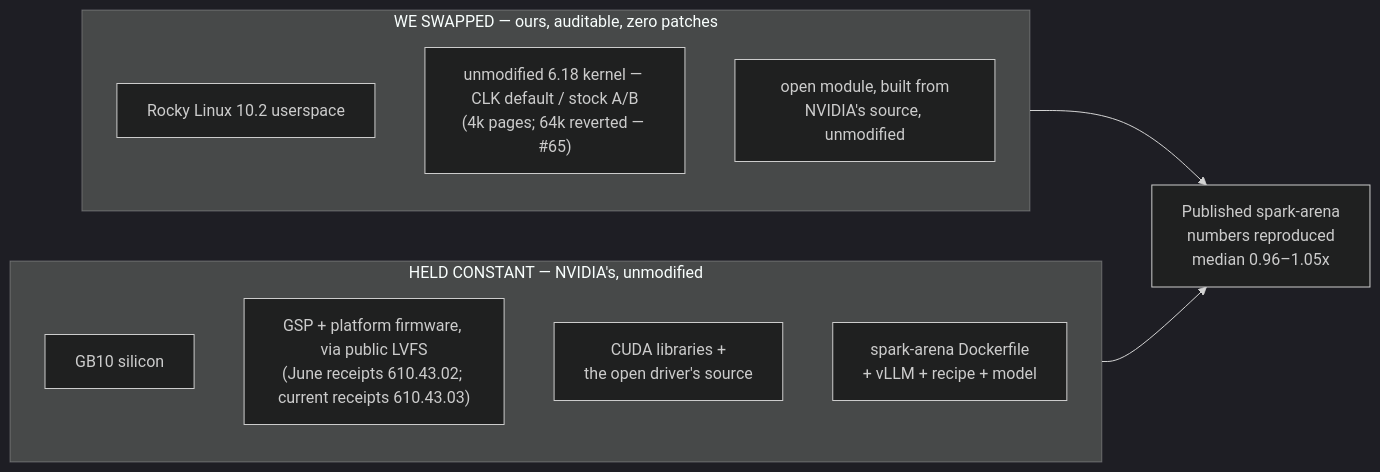
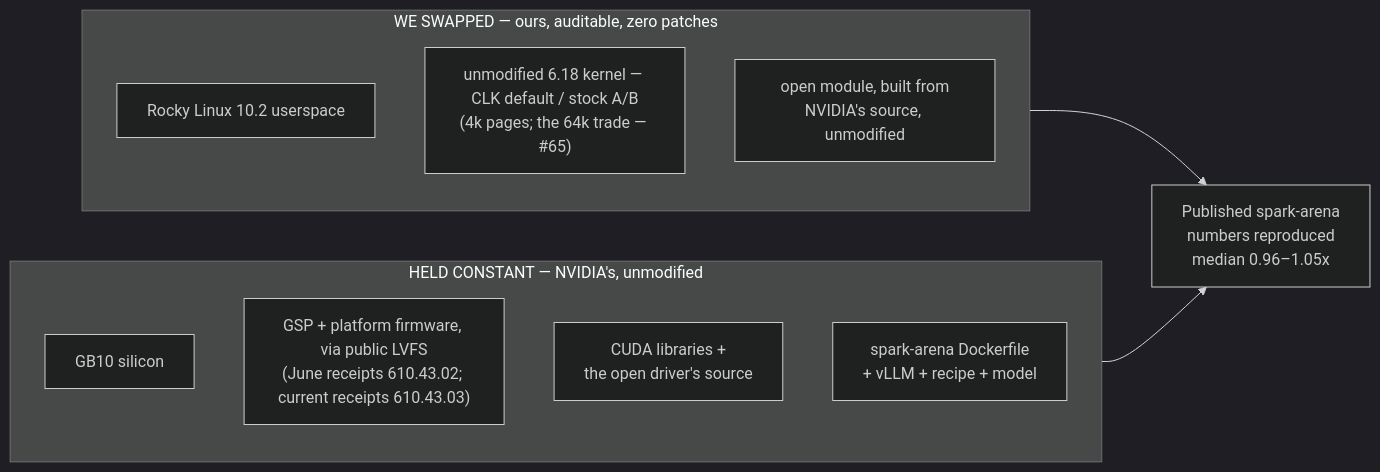
One commit to maxspevack/spark-rocky changed the diagram in docs/benchmark/proof.md. Above: the diagram before and after it, drawn with Mermaid (dark theme). The commit also changed other lines of this file and 8 other files, not shown here.

````diff
--- a/docs/benchmark/proof.md
+++ b/docs/benchmark/proof.md
@@ -33,18 +38,18 @@
 ```mermaid
 graph LR
     subgraph held["HELD CONSTANT — NVIDIA's, unmodified"]
         direction TB
         A["GB10 silicon"]
         B["GSP + platform firmware, via public LVFS<br/>(June receipts 610.43.02; current receipts 610.43.03)"]
         C["CUDA libraries +<br/>the open driver's source"]
         D["spark-arena Dockerfile<br/>+ vLLM + recipe + model"]
     end
     subgraph swapped["WE SWAPPED — ours, auditable, zero patches"]
         direction TB
         E["Rocky Linux 10.2 userspace"]
-        F["unmodified 6.18 kernel — CLK default / stock A/B<br/>(4k pages; 64k reverted — #65)"]
+        F["unmodified 6.18 kernel — CLK default / stock A/B<br/>(4k pages; the 64k trade — #65)"]
         G["open module, built from<br/>NVIDIA's source, unmodified"]
     end
     swapped --> R["Published spark-arena<br/>numbers reproduced<br/>median 0.96–1.05x"]
     held --> R
 ```
````
